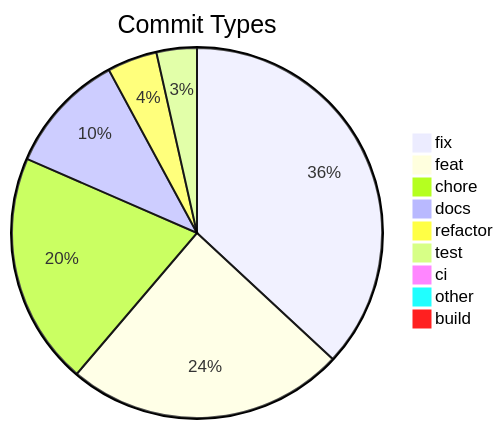
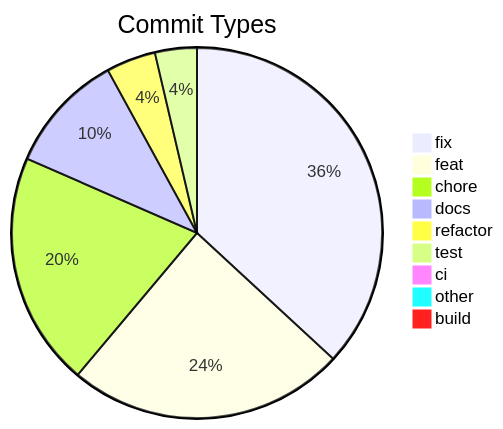
Before and after one commit to svenroth-ai/shipwright-webui: the diagram in .shipwright/compliance/change-history.md, drawn with Mermaid. The commit also changed other lines of this file and 13 other files, not shown here.

````diff
--- a/.shipwright/compliance/change-history.md
+++ b/.shipwright/compliance/change-history.md
@@ -8,12 +8,12 @@
 ```mermaid
 pie title Commit Types
-    "fix" : 220
-    "feat" : 145
-    "chore" : 121
+    "fix" : 222
+    "feat" : 146
+    "chore" : 123
     "docs" : 63
     "refactor" : 26
-    "test" : 21
+    "test" : 22
     "ci" : 5
     "other" : 4
     "build" : 1
 ```
````
